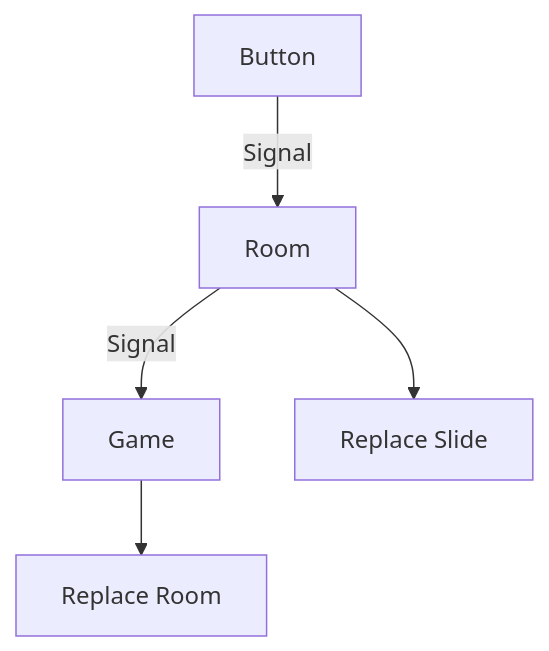
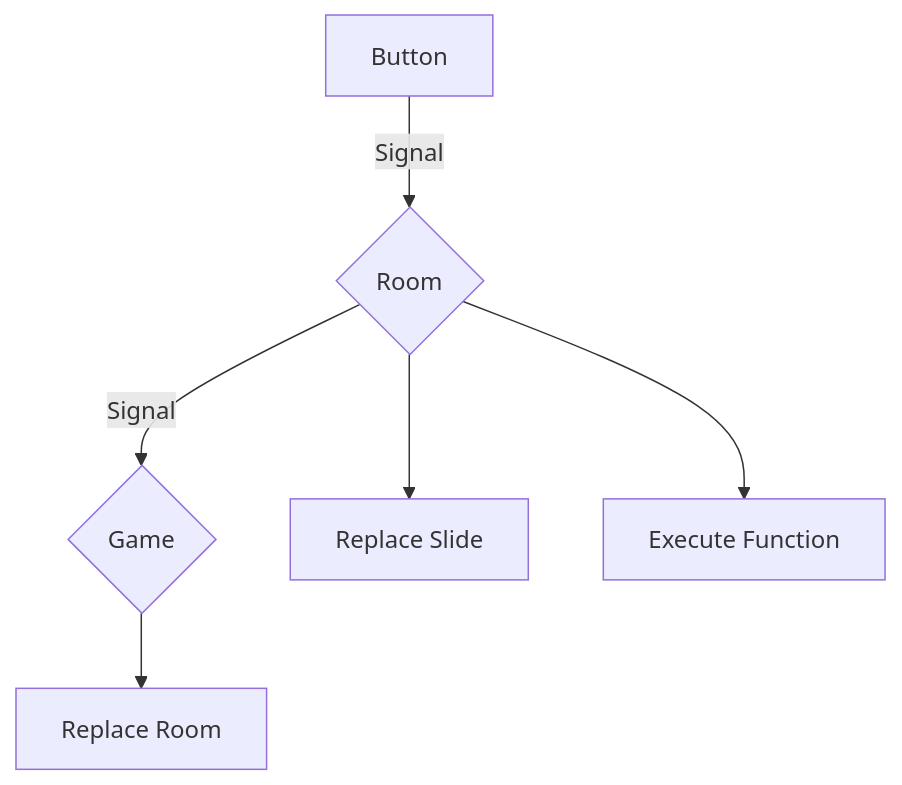
One commit to SciFiDeath/AdventureFramework2023 changed the diagram in README.md. Above: the diagram before and after it, drawn with Mermaid. The commit also changed other lines of this file, not shown here.

````diff
--- a/README.md
+++ b/README.md
@@ -37,8 +37,9 @@
 ```mermaid
 graph TD
 
     Button -- Signal --> Room
 
-    Room -- Signal --> Game --> A["Replace Room"]
-    Room --> R["Replace Slide"]
+    Room{"Room"} -- Signal --> Game{"Game"} --> A["Replace Room"]
+    Room --> B["Replace Slide"]
+    Room --> C["Execute Function"]
 ```
````
